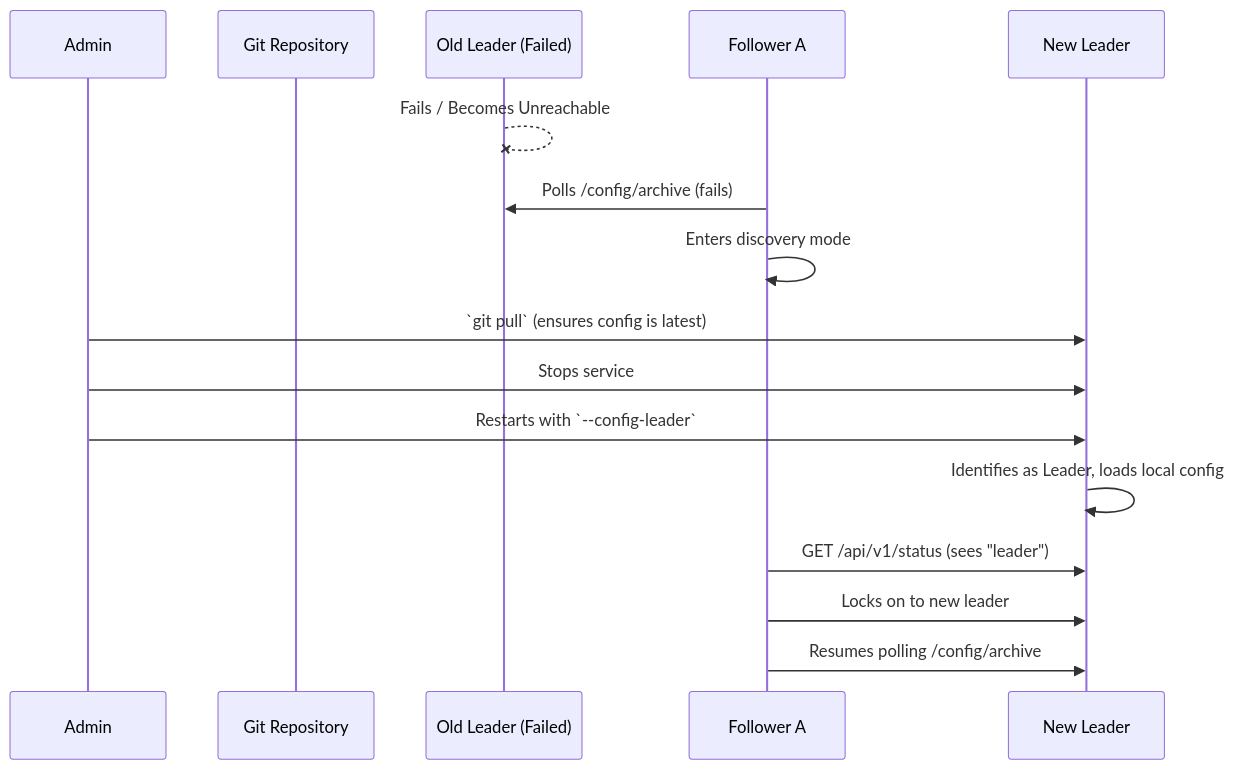
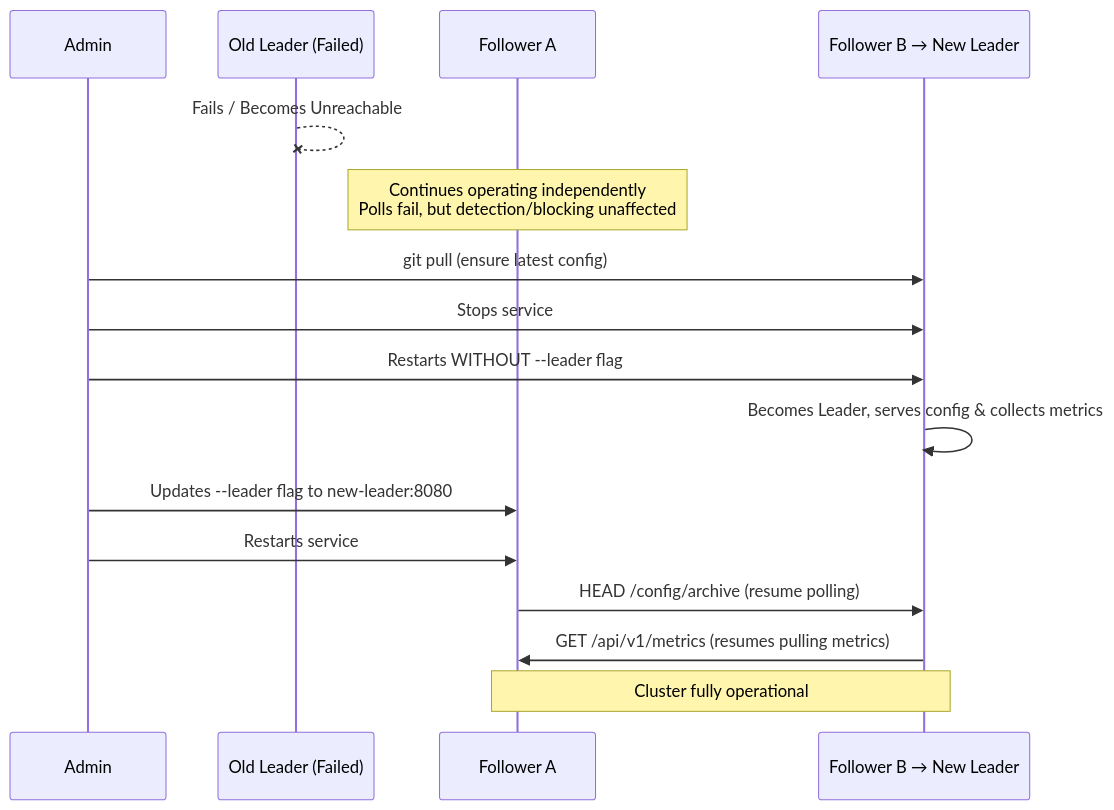
Before and after one commit to metabrainz/bot-detector: the third of 3 diagrams in docs/ClusterConfiguration.md, drawn with Mermaid. The commit also changed other lines of this file, not shown here.

First line of the commit message:
docs(cluster): Refine cluster architecture specification

````diff
--- a/docs/ClusterConfiguration.md
+++ b/docs/ClusterConfiguration.md
@@ -120,21 +279,23 @@
 ```mermaid
 sequenceDiagram
     participant Admin
-    participant GitRepo as Git Repository
     participant OldLeader as Old Leader (Failed)
     participant FollowerA as Follower A
-    participant FollowerB as New Leader
+    participant NewLeader as Follower B → New Leader
 
     OldLeader--xOldLeader: Fails / Becomes Unreachable
-    FollowerA->>OldLeader: Polls /config/archive (fails)
-    FollowerA->>FollowerA: Enters discovery mode
 
-    Admin->>FollowerB: `git pull` (ensures config is latest)
-    Admin->>FollowerB: Stops service
-    Admin->>FollowerB: Restarts with `--config-leader`
-    FollowerB->>FollowerB: Identifies as Leader, loads local config
+    Note over FollowerA: Continues operating independently<br/>Polls fail, but detection/blocking unaffected
 
-    FollowerA->>FollowerB: GET /api/v1/status (sees "leader")
-    FollowerA->>FollowerB: Locks on to new leader
-    FollowerA->>FollowerB: Resumes polling /config/archive
+    Admin->>NewLeader: git pull (ensure latest config)
+    Admin->>NewLeader: Stops service
+    Admin->>NewLeader: Restarts WITHOUT --leader flag
+    NewLeader->>NewLeader: Becomes Leader, serves config & collects metrics
+
+    Admin->>FollowerA: Updates --leader flag to new-leader:8080
+    Admin->>FollowerA: Restarts service
+    FollowerA->>NewLeader: HEAD /config/archive (resume polling)
+    NewLeader->>FollowerA: GET /api/v1/metrics (resumes pulling metrics)
+
+    Note over FollowerA,NewLeader: Cluster fully operational
 ```
````
